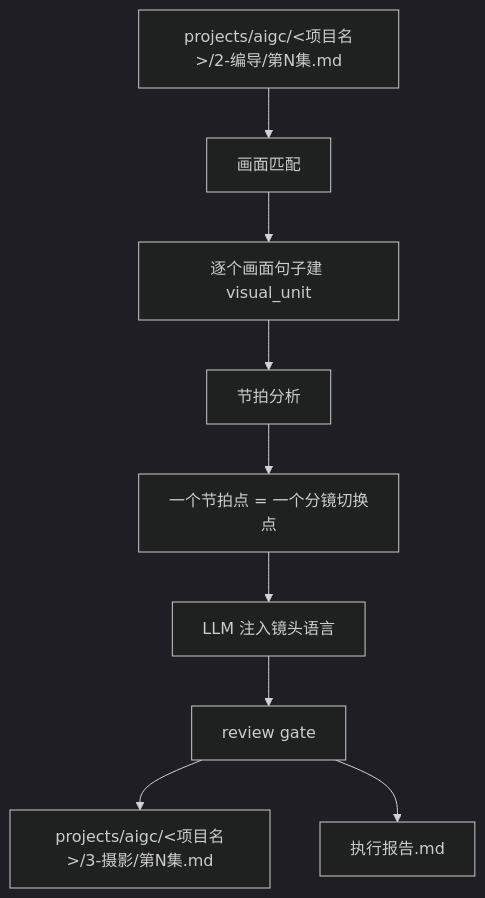
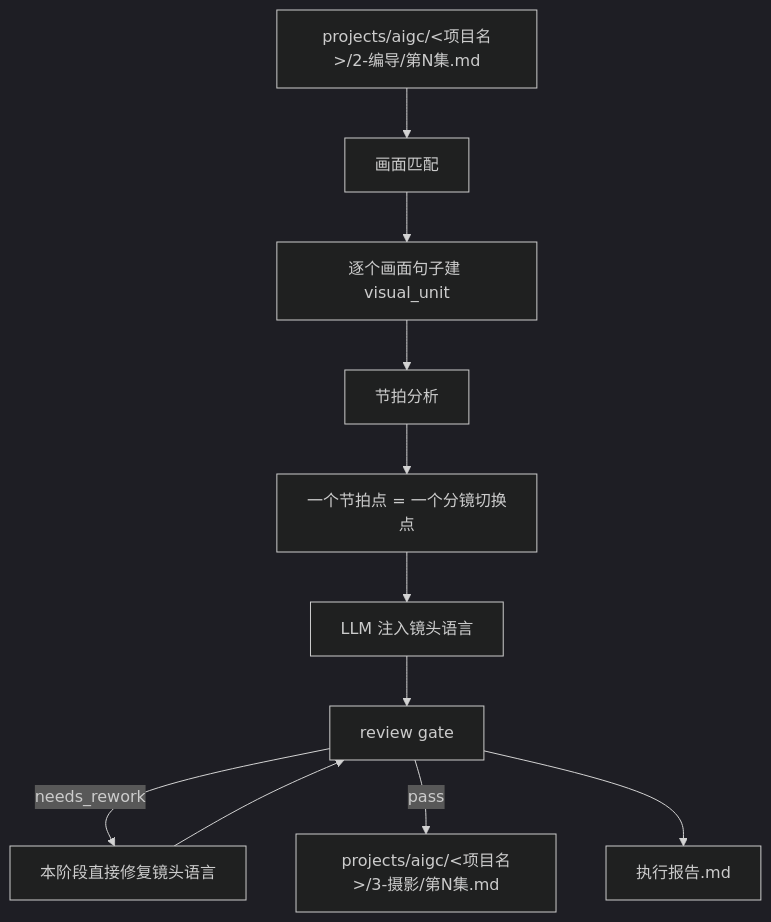
One commit to ZEN-VOID/AI-CUT changed the first of 2 diagrams in .agents/skills/aigc/3-摄影/SKILL.md. Above: the diagram before and after it, drawn with Mermaid (dark theme). The commit also changed other lines of this file and 256 other files, not shown here.

````diff
--- a/.agents/skills/aigc/3-摄影/SKILL.md
+++ b/.agents/skills/aigc/3-摄影/SKILL.md
@@ -90,11 +96,13 @@
 ```mermaid
 flowchart TD
     A["projects/aigc/<项目名>/2-编导/第N集.md"] --> B["画面匹配"]
     B --> C["逐个画面句子建 visual_unit"]
     C --> D["节拍分析"]
     D --> E["一个节拍点 = 一个分镜切换点"]
     E --> F["LLM 注入镜头语言"]
     F --> G["review gate"]
-    G --> H["projects/aigc/<项目名>/3-摄影/第N集.md"]
+    G -->|"needs_rework"| R["本阶段直接修复镜头语言"]
+    R --> G
+    G -->|"pass"| H["projects/aigc/<项目名>/3-摄影/第N集.md"]
     G --> I["执行报告.md"]
 ```
````
